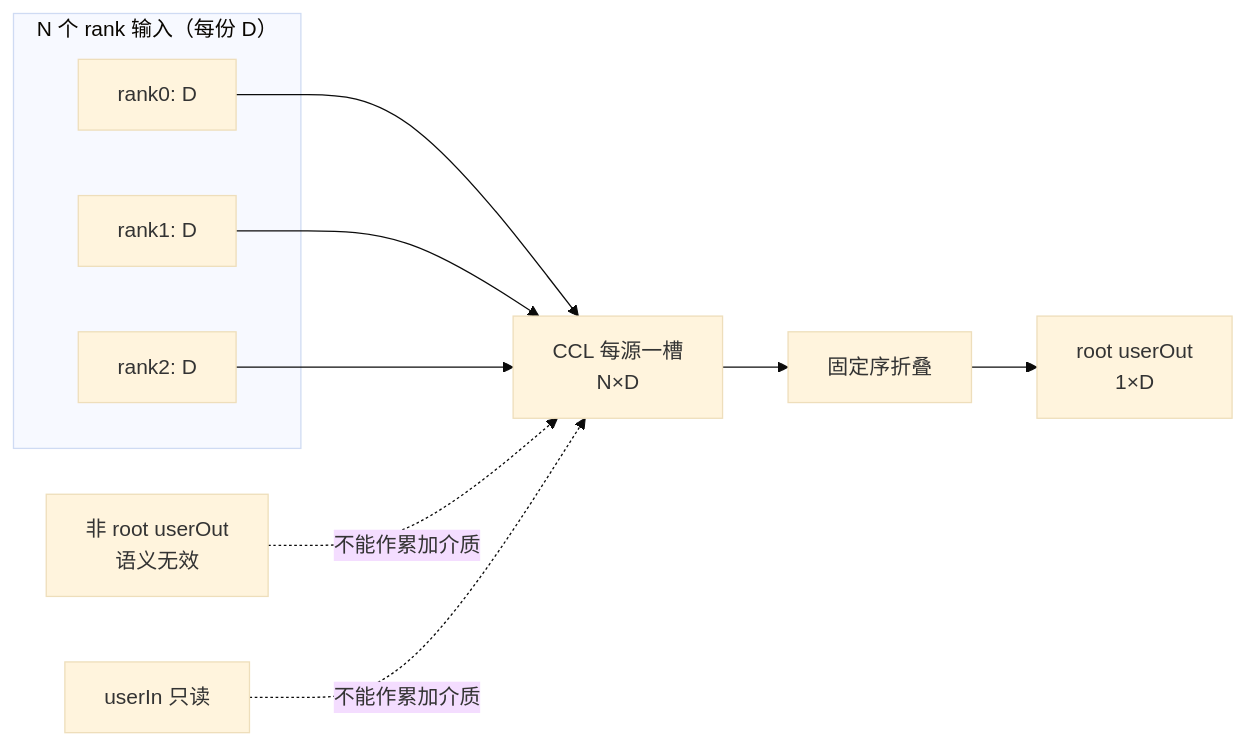
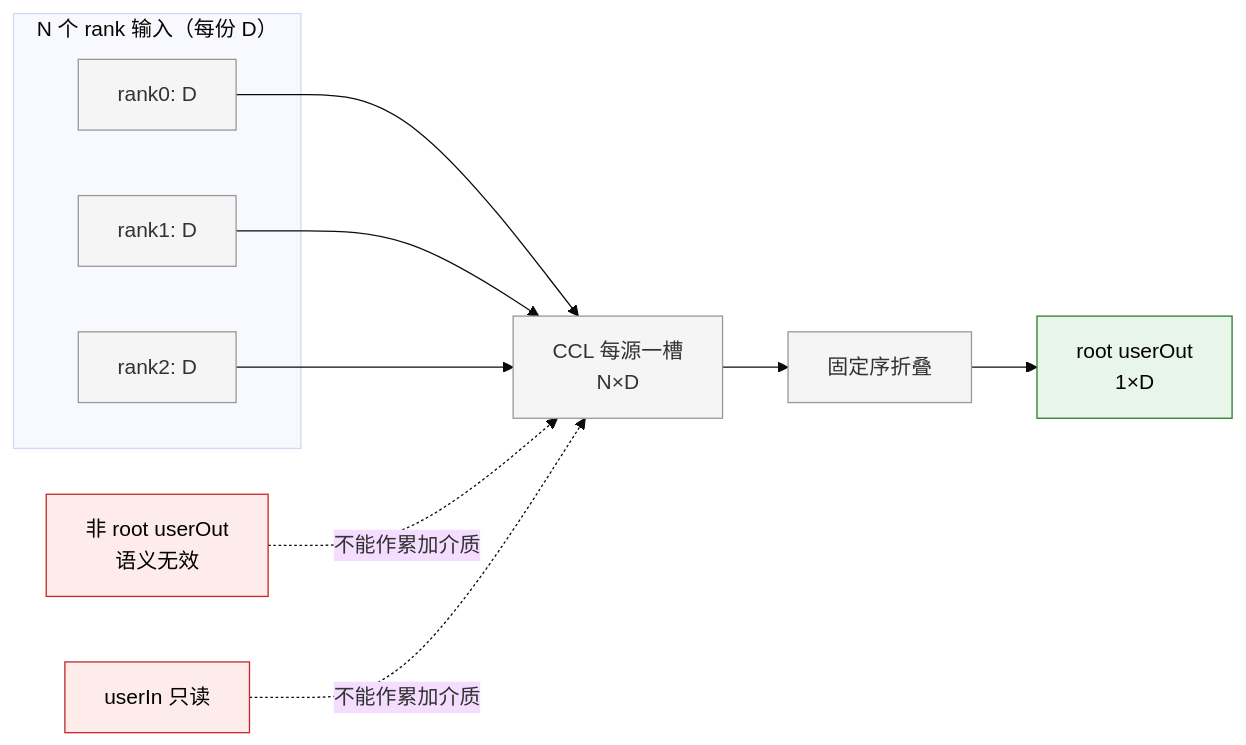
One commit to cassielee-tech/my-lib changed the sixth of 10 diagrams in design/26RP4/支持allgatherV、reduce算子的零拷贝模式/SRS_SD-AllGatherV与Reduce零拷贝.md. Above: the diagram before and after it, drawn with Mermaid (base theme). The commit also changed other lines of this file, not shown here.

Commit message:
docs: 零拷贝关键流程图增加改动高亮

````diff
--- a/design/26RP4/支持allgatherV、reduce算子的零拷贝模式/SRS_SD-AllGatherV与Reduce零拷贝.md
+++ b/design/26RP4/支持allgatherV、reduce算子的零拷贝模式/SRS_SD-AllGatherV与Reduce零拷贝.md
@@ -368,15 +390,21 @@
 ```mermaid
 flowchart LR
     subgraph IN["N 个 rank 输入（每份 D）"]
         I0["rank0: D"]
         I1["rank1: D"]
         I2["rank2: D"]
     end
     I0 --> C["CCL 每源一槽<br/>N×D"]
     I1 --> C
     I2 --> C
     C --> F["固定序折叠"]
     F --> O["root userOut<br/>1×D"]
     N["非 root userOut<br/>语义无效"] -.->|不能作累加介质| C
     S["userIn 只读"] -.->|不能作累加介质| C
+    classDef existing fill:#f5f5f5,stroke:#999,color:#333;
+    classDef direct fill:#e8f5e9,stroke:#2e7d32,color:#000;
+    classDef fallback fill:#fdecea,stroke:#c62828,color:#000;
+    class I0,I1,I2,C,F existing;
+    class O direct;
+    class N,S fallback;
 ```
````
